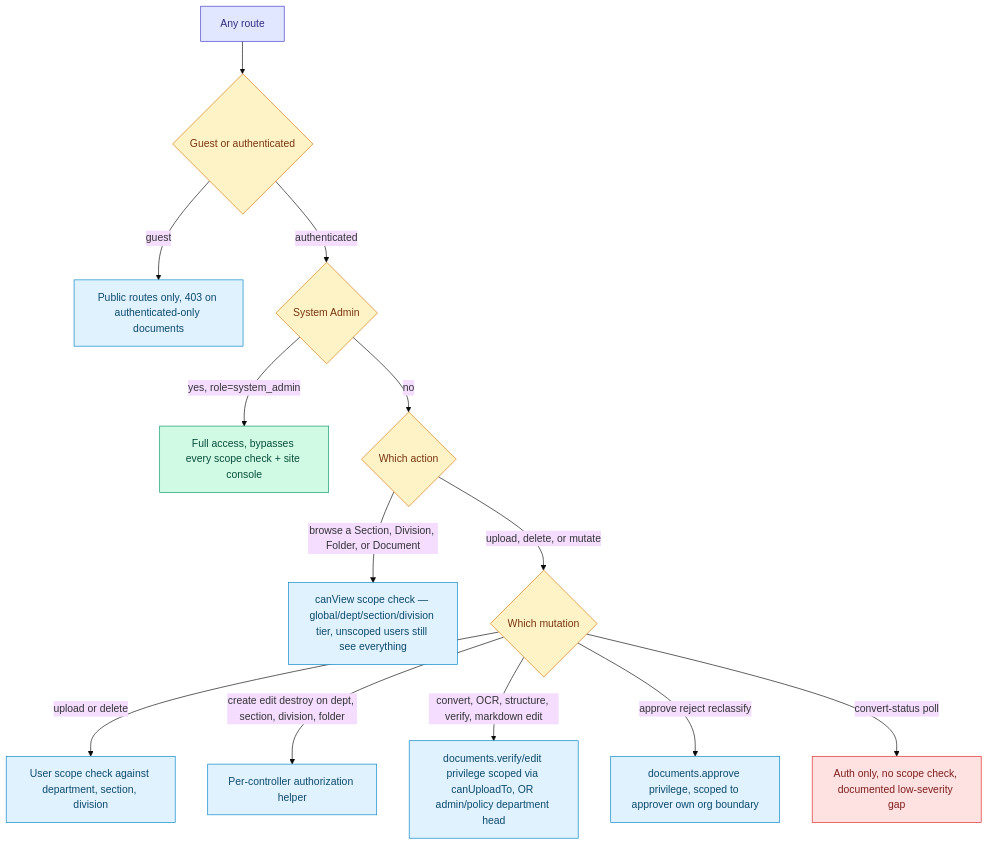
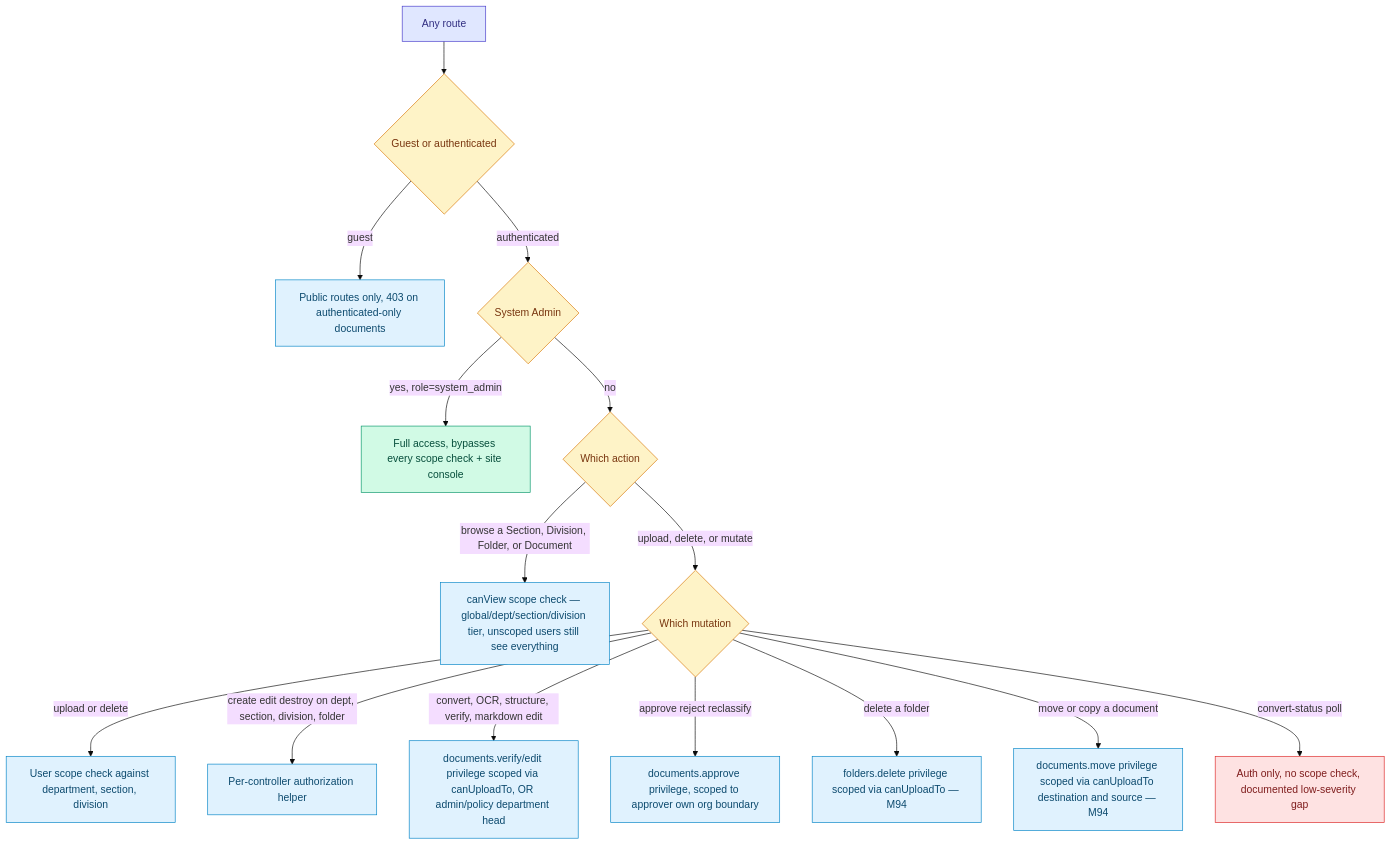
Before and after one commit to SubhanRaj/pdf-markdown-pipeline: the fifth of 9 diagrams in APP_FLOW.md, drawn with Mermaid (base theme). The commit also changed other lines of this file and 23 other files, not shown here.

First line of the commit message:
Add folder nesting, folder upload, document move/copy, and admin password reset

````diff
--- a/APP_FLOW.md
+++ b/APP_FLOW.md
@@ -171,27 +171,29 @@
 ```mermaid
 flowchart TD
     classDef entry fill:#e0e7ff,stroke:#4338ca,color:#312e81
     classDef decision fill:#fef3c7,stroke:#d97706,color:#78350f
     classDef good fill:#d1fae5,stroke:#059669,color:#064e3b
     classDef scoped fill:#e0f2fe,stroke:#0284c7,color:#0c4a6e
     classDef warn fill:#fee2e2,stroke:#dc2626,color:#7f1d1d
 
     R[Any route] --> A{Guest or authenticated}
     A -->|guest| G[Public routes only, 403 on authenticated-only documents]
     A -->|authenticated| B{System Admin}
     B -->|yes, role=system_admin| ALL[Full access, bypasses every scope check + site console]
     B -->|no| V{Which action}
     V -->|browse a Section, Division, Folder, or Document| VS[canView scope check — global/dept/section/division tier, unscoped users still see everything]
     V -->|upload, delete, or mutate| C{Which mutation}
     C -->|upload or delete| D[User scope check against department, section, division]
     C -->|create edit destroy on dept, section, division, folder| E[Per-controller authorization helper]
     C -->|convert, OCR, structure, verify, markdown edit| F[documents.verify/edit privilege scoped via canUploadTo, OR admin/policy department head]
     C -->|approve reject reclassify| Gp[documents.approve privilege, scoped to approver own org boundary]
+    C -->|delete a folder| Fd[folders.delete privilege scoped via canUploadTo — M94]
+    C -->|move or copy a document| Fm[documents.move privilege scoped via canUploadTo destination and source — M94]
     C -->|convert-status poll| H[Auth only, no scope check, documented low-severity gap]
 
     class R entry
     class A,B,V,C decision
     class ALL good
-    class G,D,E,F,Gp,VS scoped
+    class G,D,E,F,Gp,VS,Fd,Fm scoped
     class H warn
 ```
````
